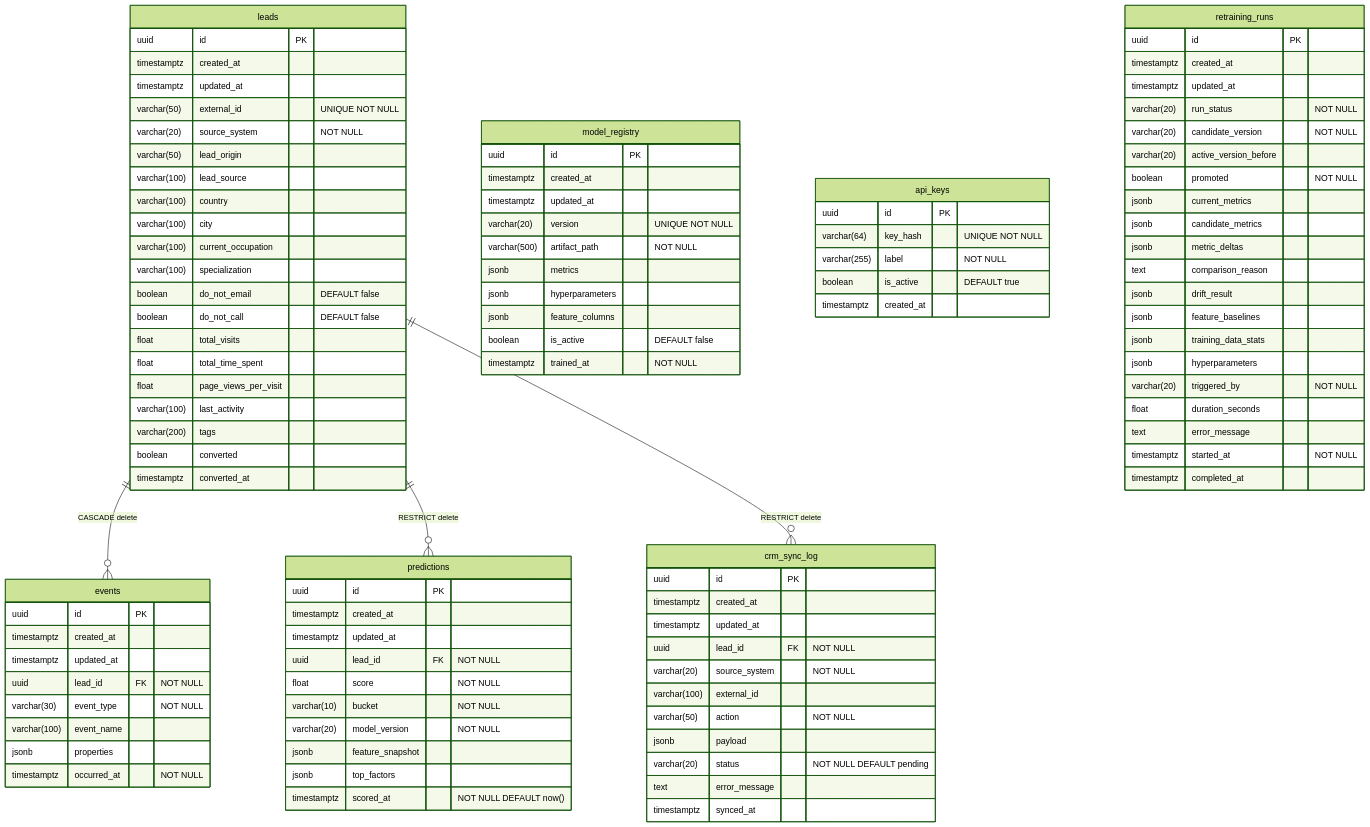
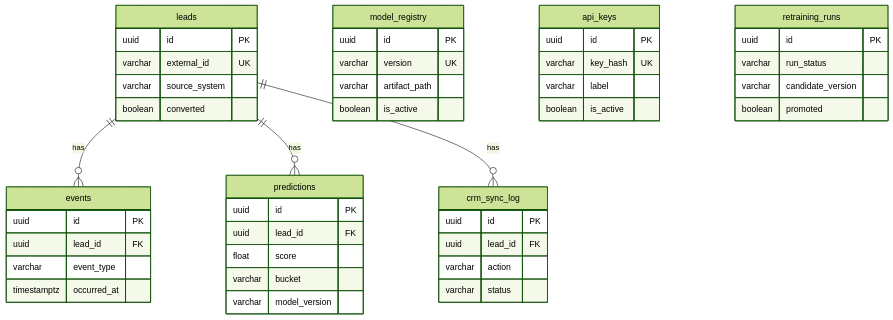
The diagram in docs/database.md (asong65535/lead-scoring), drawn with Mermaid (forest theme) before and after one commit. The commit also changed other lines of this file and 2 other files, not shown here.

Commit message:
docs: simplify database ER diagram, enable dark mode for Mermaid
- Reduced ER diagram to key columns only (full details in Tables section)
- Switched to img-svg strategy with dark: true for light/dark theme support

````diff
--- a/docs/database.md
+++ b/docs/database.md
@@ -10,110 +10,55 @@
 erDiagram
     leads {
         uuid id PK
-        timestamptz created_at
-        timestamptz updated_at
-        varchar(50) external_id "UNIQUE NOT NULL"
-        varchar(20) source_system "NOT NULL"
-        varchar(50) lead_origin
-        varchar(100) lead_source
-        varchar(100) country
-        varchar(100) city
-        varchar(100) current_occupation
-        varchar(100) specialization
-        boolean do_not_email "DEFAULT false"
-        boolean do_not_call "DEFAULT false"
-        float total_visits
-        float total_time_spent
-        float page_views_per_visit
-        varchar(100) last_activity
-        varchar(200) tags
+        varchar external_id UK
+        varchar source_system
         boolean converted
-        timestamptz converted_at
     }
 
     events {
         uuid id PK
-        timestamptz created_at
-        timestamptz updated_at
-        uuid lead_id FK "NOT NULL"
-        varchar(30) event_type "NOT NULL"
-        varchar(100) event_name
-        jsonb properties
-        timestamptz occurred_at "NOT NULL"
+        uuid lead_id FK
+        varchar event_type
+        timestamptz occurred_at
     }
 
     predictions {
         uuid id PK
-        timestamptz created_at
-        timestamptz updated_at
-        uuid lead_id FK "NOT NULL"
-        float score "NOT NULL"
-        varchar(10) bucket "NOT NULL"
-        varchar(20) model_version "NOT NULL"
-        jsonb feature_snapshot
-        jsonb top_factors
-        timestamptz scored_at "NOT NULL DEFAULT now()"
+        uuid lead_id FK
+        float score
+        varchar bucket
+        varchar model_version
     }
 
     model_registry {
         uuid id PK
-        timestamptz created_at
-        timestamptz updated_at
-        varchar(20) version "UNIQUE NOT NULL"
-        varchar(500) artifact_path "NOT NULL"
-        jsonb metrics
-        jsonb hyperparameters
-        jsonb feature_columns
-        boolean is_active "DEFAULT false"
-        timestamptz trained_at "NOT NULL"
+        varchar version UK
+        varchar artifact_path
+        boolean is_active
     }
 
     crm_sync_log {
         uuid id PK
-        timestamptz created_at
-        timestamptz updated_at
-        uuid lead_id FK "NOT NULL"
-        varchar(20) source_system "NOT NULL"
-        varchar(100) external_id
-        varchar(50) action "NOT NULL"
-        jsonb payload
-        varchar(20) status "NOT NULL DEFAULT pending"
-        text error_message
-        timestamptz synced_at
+        uuid lead_id FK
+        varchar action
+        varchar status
     }
 
     api_keys {
         uuid id PK
-        varchar(64) key_hash "UNIQUE NOT NULL"
-        varchar(255) label "NOT NULL"
-        boolean is_active "DEFAULT true"
-        timestamptz created_at
+        varchar key_hash UK
+        varchar label
+        boolean is_active
     }
 
     retraining_runs {
         uuid id PK
-        timestamptz created_at
-        timestamptz updated_at
-        varchar(20) run_status "NOT NULL"
-        varchar(20) candidate_version "NOT NULL"
-        varchar(20) active_version_before
-        boolean promoted "NOT NULL"
-        jsonb current_metrics
-        jsonb candidate_metrics
-        jsonb metric_deltas
-        text comparison_reason
-        jsonb drift_result
-        jsonb feature_baselines
-        jsonb training_data_stats
-        jsonb hyperparameters
-        varchar(20) triggered_by "NOT NULL"
-        float duration_seconds
-        text error_message
-        timestamptz started_at "NOT NULL"
-        timestamptz completed_at
+        varchar run_status
+        varchar candidate_version
+        boolean promoted
     }
 
-    leads ||--o{ events : "CASCADE delete"
-    leads ||--o{ predictions : "RESTRICT delete"
-    leads ||--o{ crm_sync_log : "RESTRICT delete"
+    leads ||--o{ events : has
+    leads ||--o{ predictions : has
+    leads ||--o{ crm_sync_log : has
 ```
````
